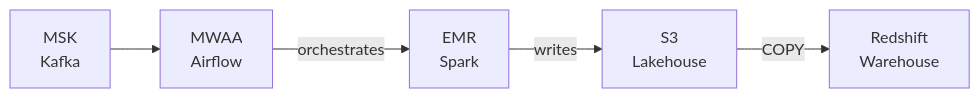
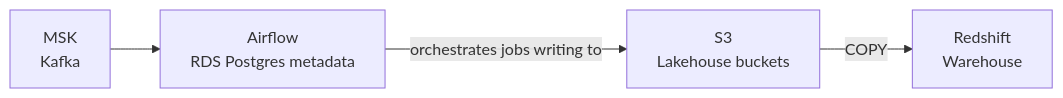
Before and after one commit to vnugny/data-platform-iac: the second of 2 diagrams in README.md, drawn with Mermaid. The commit also changed other lines of this file and 1 other file, not shown here.

First line of the commit message:
docs: correct cloud diagram + CI section; add tfvars example, CI badge

````diff
--- a/README.md
+++ b/README.md
@@ -22,7 +29,6 @@
 ```mermaid
 graph LR
-    K[MSK\nKafka] --> A[MWAA\nAirflow]
-    A -->|orchestrates| E[EMR\nSpark]
-    E -->|writes| S[S3\nLakehouse]
-    S -->|COPY| R[Redshift\nWarehouse]
+    K[MSK<br/>Kafka] --> A[Airflow<br/>RDS Postgres metadata]
+    A -->|orchestrates jobs writing to| S[S3<br/>Lakehouse buckets]
+    S -->|COPY| R[Redshift<br/>Warehouse]
 ```
````
